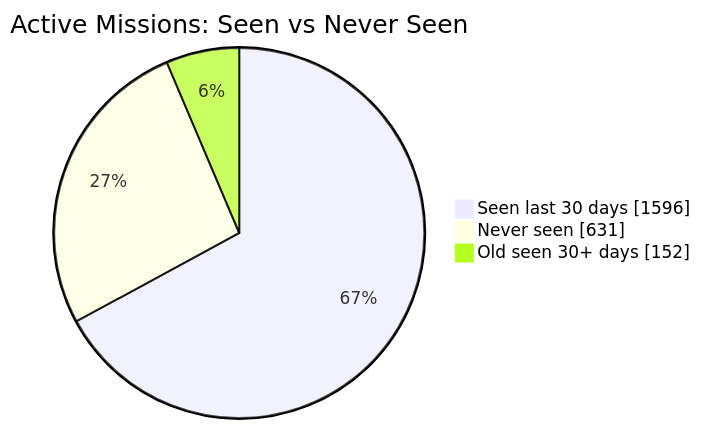
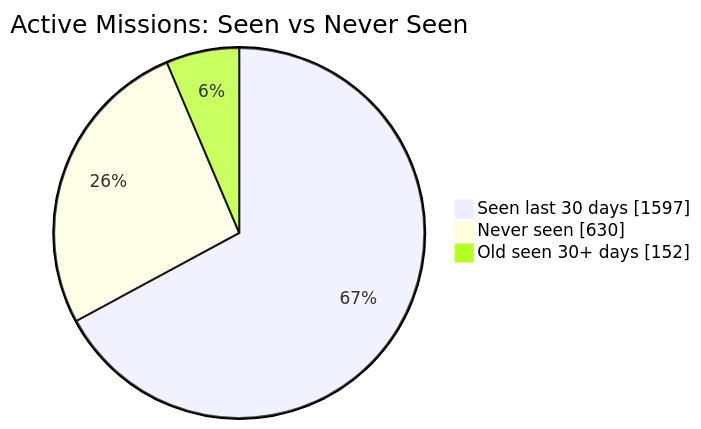
The first of 2 diagrams in README.md (MeldkamerspelGameTeam/active-missions), drawn with Mermaid before and after one commit. The commit also changed other lines of this file and 2 other files, not shown here.

````diff
--- a/README.md
+++ b/README.md
@@ -34,7 +34,7 @@
 ```mermaid
 pie showData
     title Active Missions: Seen vs Never Seen
-    "Seen last 30 days" : 1596
-    "Never seen" : 631
+    "Seen last 30 days" : 1597
+    "Never seen" : 630
     "Old seen 30+ days" : 152
 ```
````
